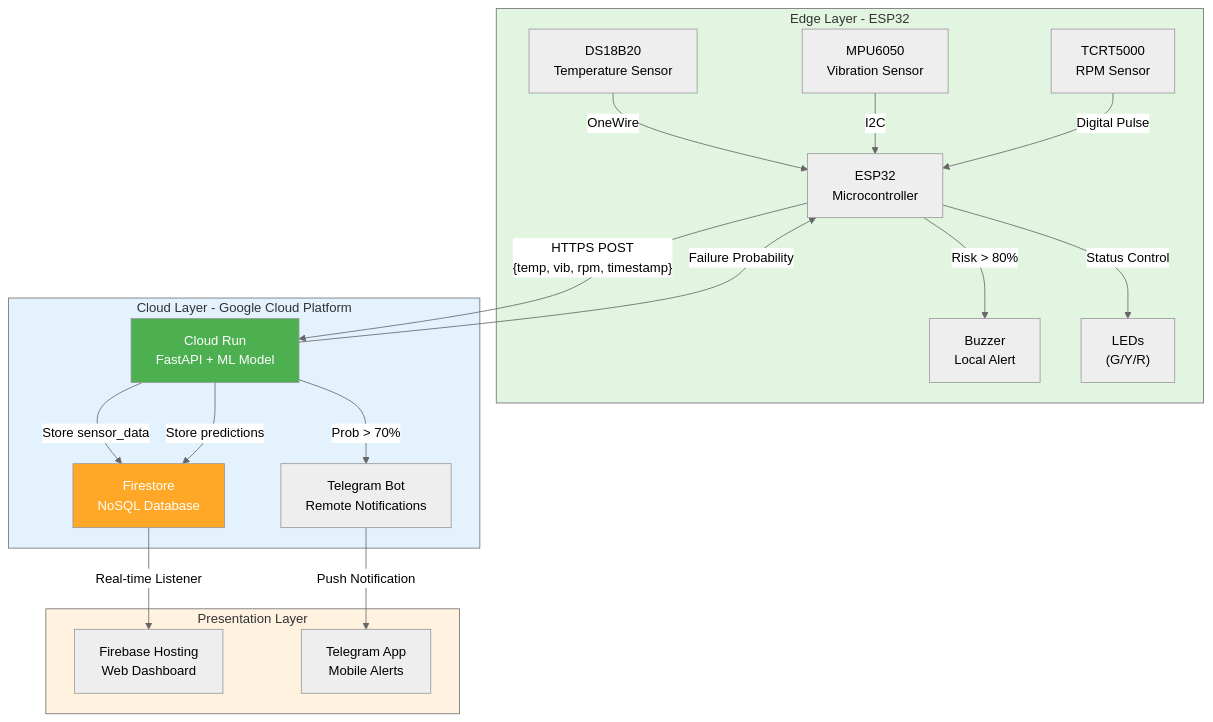
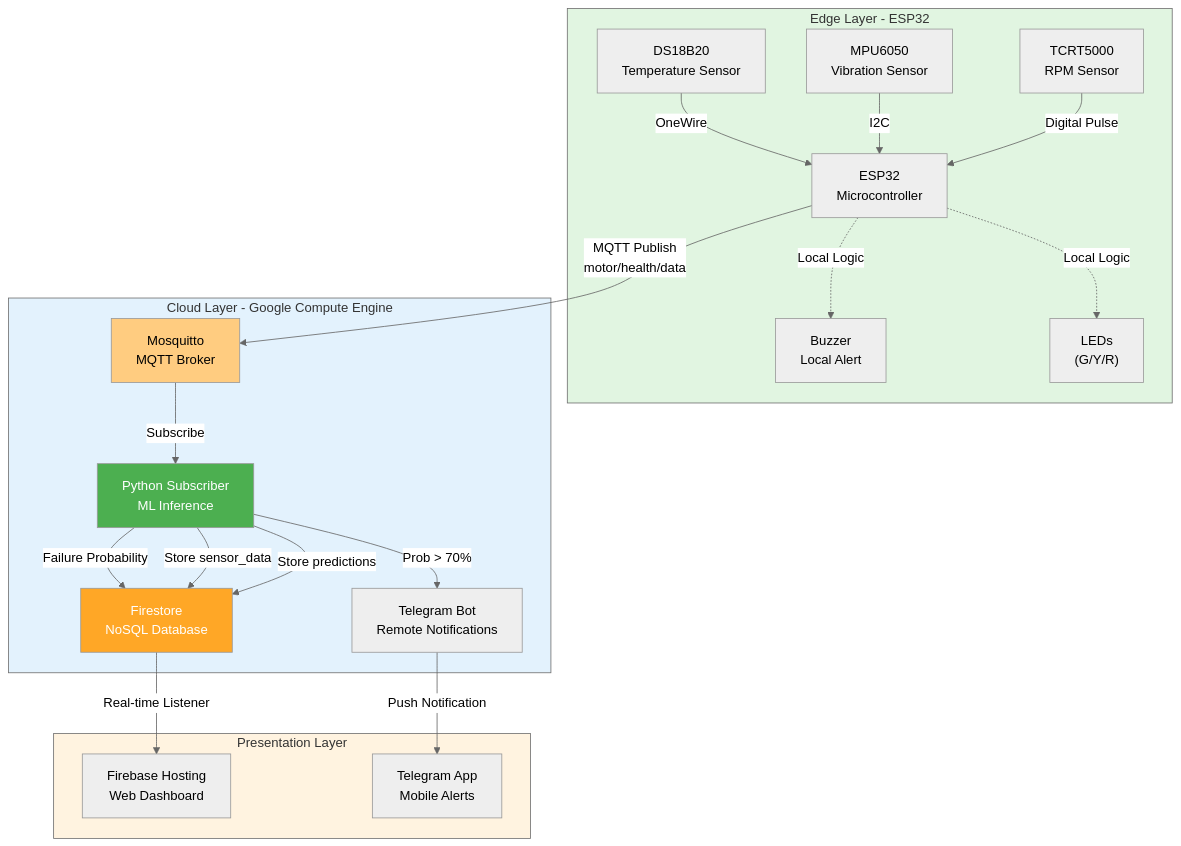
The diagram in report.md (juin03/CPC357-IOT-Project), drawn with Mermaid (neutral theme) before and after one commit. The commit also changed other lines of this file, not shown here.

````diff
--- a/report.md
+++ b/report.md
@@ -145,44 +145,48 @@
 ```mermaid
 graph TB
     subgraph Edge["Edge Layer - ESP32"]
         S1["DS18B20<br/>Temperature Sensor"]
         S2["MPU6050<br/>Vibration Sensor"]
         S3["TCRT5000<br/>RPM Sensor"]
         ESP["ESP32<br/>Microcontroller"]
         BUZ["Buzzer<br/>Local Alert"]
         LED["LEDs<br/>(G/Y/R)"]
     end
     
-    subgraph Cloud["Cloud Layer - Google Cloud Platform"]
-        CR["Cloud Run<br/>FastAPI + ML Model"]
+    subgraph Cloud["Cloud Layer - Google Compute Engine"]
+        MQTT["Mosquitto<br/>MQTT Broker"]
+        SUB["Python Subscriber<br/>ML Inference"]
         FS["Firestore<br/>NoSQL Database"]
         TG["Telegram Bot<br/>Remote Notifications"]
     end
     
     subgraph UI["Presentation Layer"]
         DASH["Firebase Hosting<br/>Web Dashboard"]
         MOB["Telegram App<br/>Mobile Alerts"]
     end
     
     S1 -->|"OneWire"| ESP
     S2 -->|"I2C"| ESP
     S3 -->|"Digital Pulse"| ESP
     
-    ESP -->|"HTTPS POST<br/>{temp, vib, rpm, timestamp}"| CR
-    CR -->|"Failure Probability"| ESP
-    ESP -->|"Risk > 80%"| BUZ
-    ESP -->|"Status Control"| LED
+    ESP -->|"MQTT Publish<br/>motor/health/data"| MQTT
+    MQTT -->|"Subscribe"| SUB
+    SUB -->|"Failure Probability"| FS
     
-    CR -->|"Store sensor_data"| FS
-    CR -->|"Store predictions"| FS
-    CR -->|"Prob > 70%"| TG
+    SUB -->|"Store sensor_data"| FS
+    SUB -->|"Store predictions"| FS
+    SUB -->|"Prob > 70%"| TG
+    
+    ESP -.->|"Local Logic"| BUZ
+    ESP -.->|"Local Logic"| LED
     
     FS -->|"Real-time Listener"| DASH
     TG -->|"Push Notification"| MOB
     
     style Edge fill:#e1f5e1
     style Cloud fill:#e3f2fd
     style UI fill:#fff3e0
-    style CR fill:#4CAF50,color:#fff
+    style MQTT fill:#ffcc80,color:#000
+    style SUB fill:#4CAF50,color:#fff
     style FS fill:#FFA726,color:#fff
 ```
````
